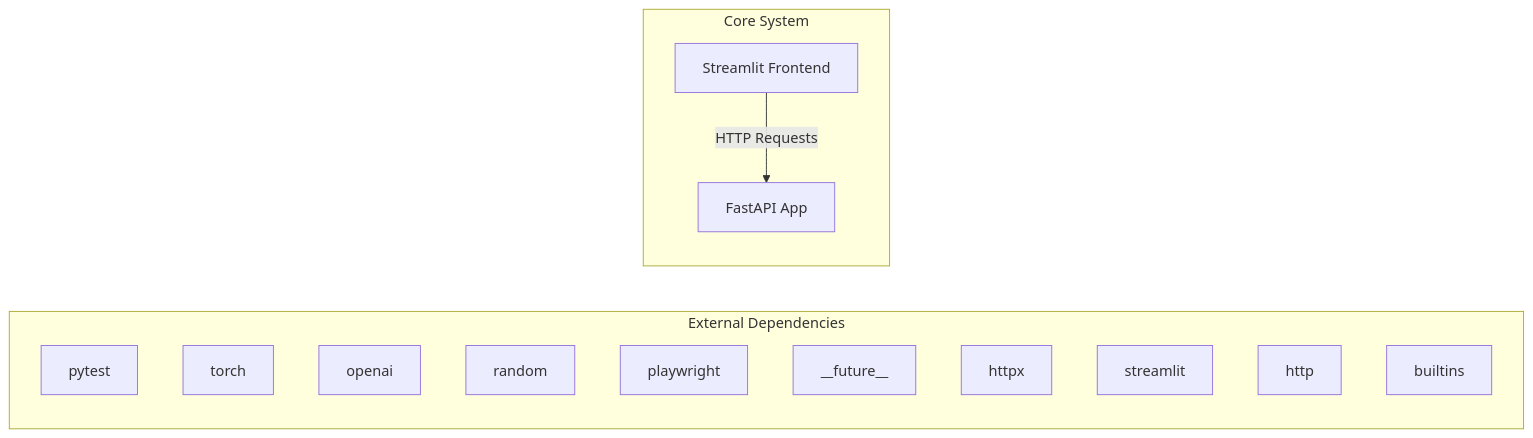
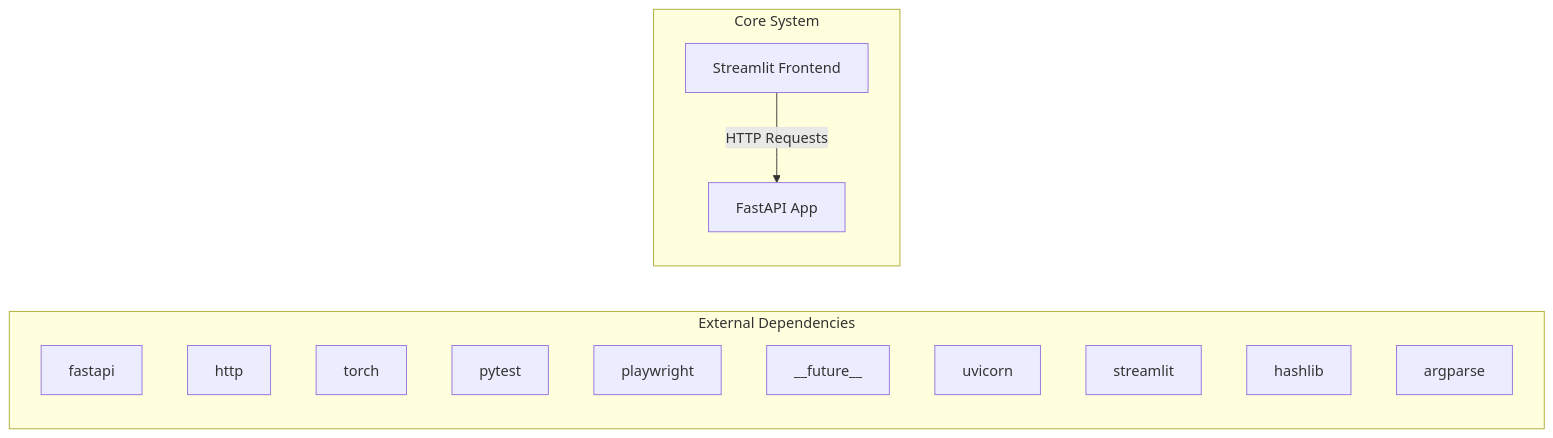
The first of 2 diagrams in docs/architecture.md (NITISH-R-G/rag-context-optimizer), drawn with Mermaid before and after one commit. The commit also changed 1 other file, not shown here.

Commit message:
docs: auto-update repository knowledge, architecture diagrams, and documentation

````diff
--- a/docs/architecture.md
+++ b/docs/architecture.md
@@ -7,20 +7,20 @@
 ```mermaid
 graph LR
     subgraph External Dependencies
-        E0["pytest"]
-        E1["torch"]
-        E2["openai"]
-        E3["random"]
+        E0["fastapi"]
+        E1["http"]
+        E2["torch"]
+        E3["pytest"]
         E4["playwright"]
         E5["__future__"]
-        E6["httpx"]
+        E6["uvicorn"]
         E7["streamlit"]
-        E8["http"]
-        E9["builtins"]
+        E8["hashlib"]
+        E9["argparse"]
     end
     subgraph Core System
         API["FastAPI App"]
         UI["Streamlit Frontend"]
     end
     UI -->|HTTP Requests| API
 ```
````
